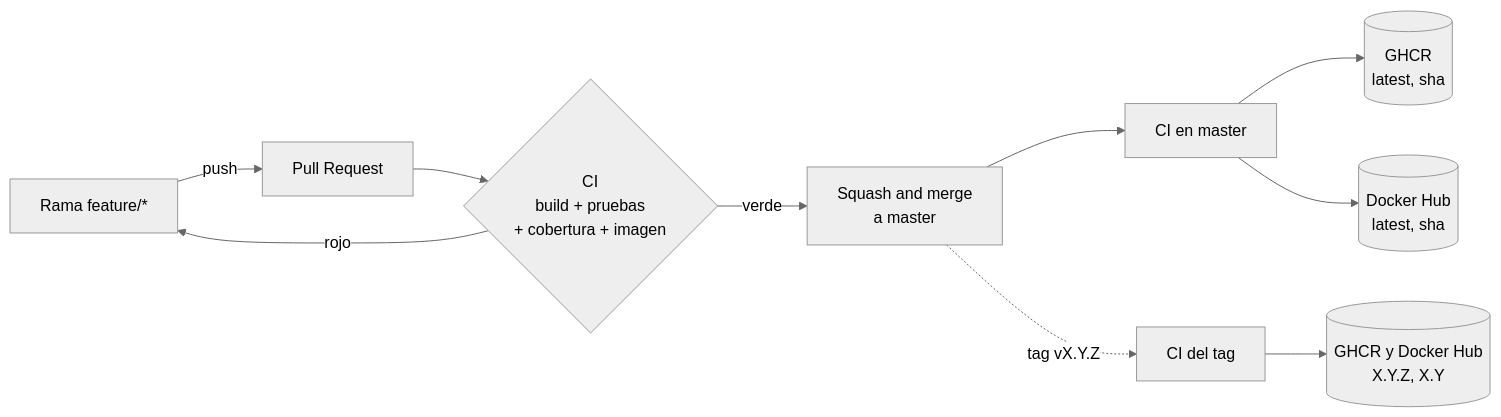
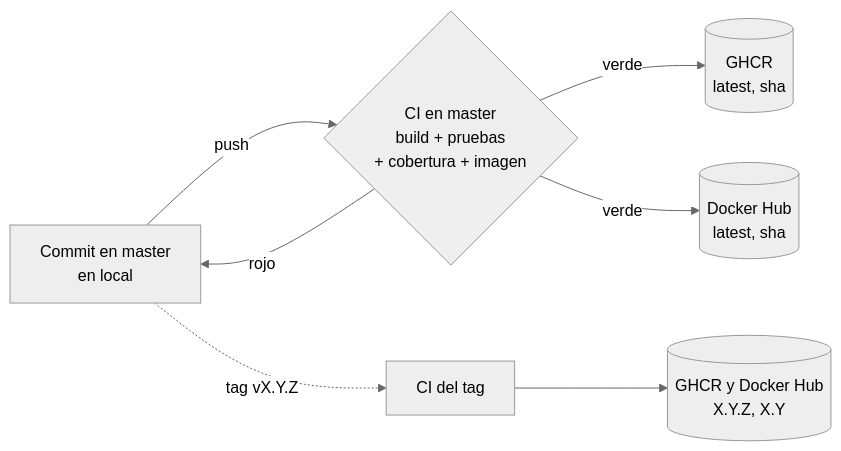
Before and after one commit to christophersanz/AI-CICD: the diagram in docs/guides/ci-cd.md, drawn with Mermaid (neutral theme). The commit also changed other lines of this file and 11 other files, not shown here.

First line of the commit message:
Trabajar en una sola rama con push directo a master

````diff
--- a/docs/guides/ci-cd.md
+++ b/docs/guides/ci-cd.md
@@ -21,12 +21,9 @@
 ```mermaid
 flowchart LR
-    A[Rama feature/*] -->|push| B[Pull Request]
-    B --> C{CI<br/>build + pruebas<br/>+ cobertura + imagen}
-    C -->|rojo| A
-    C -->|verde| D[Squash and merge<br/>a master]
-    D --> E[CI en master]
-    E --> F[(GHCR<br/>latest, sha)]
-    E --> G[(Docker Hub<br/>latest, sha)]
-    D -.->|tag vX.Y.Z| H[CI del tag]
+    A[Commit en master<br/>en local] -->|push| E{CI en master<br/>build + pruebas<br/>+ cobertura + imagen}
+    E -->|rojo| A
+    E -->|verde| F[(GHCR<br/>latest, sha)]
+    E -->|verde| G[(Docker Hub<br/>latest, sha)]
+    A -.->|tag vX.Y.Z| H[CI del tag]
     H --> I[(GHCR y Docker Hub<br/>X.Y.Z, X.Y)]
 ```
````
